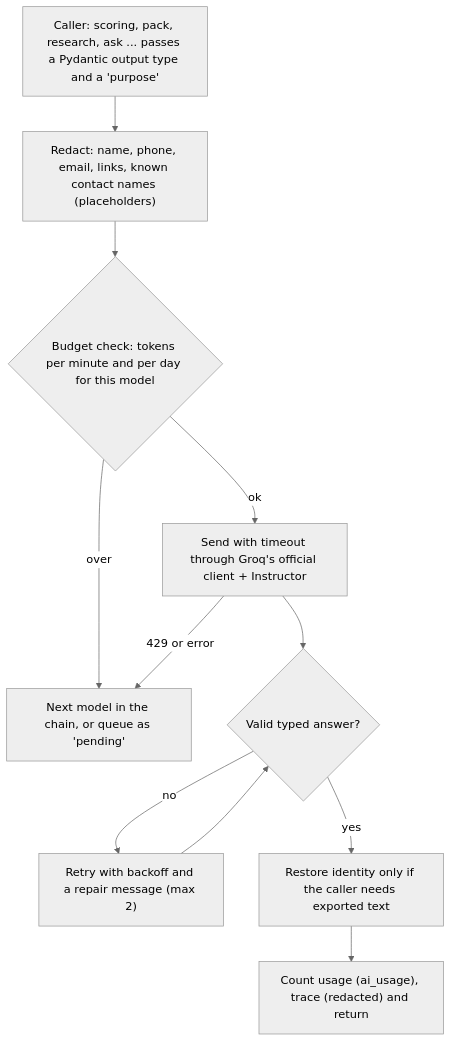
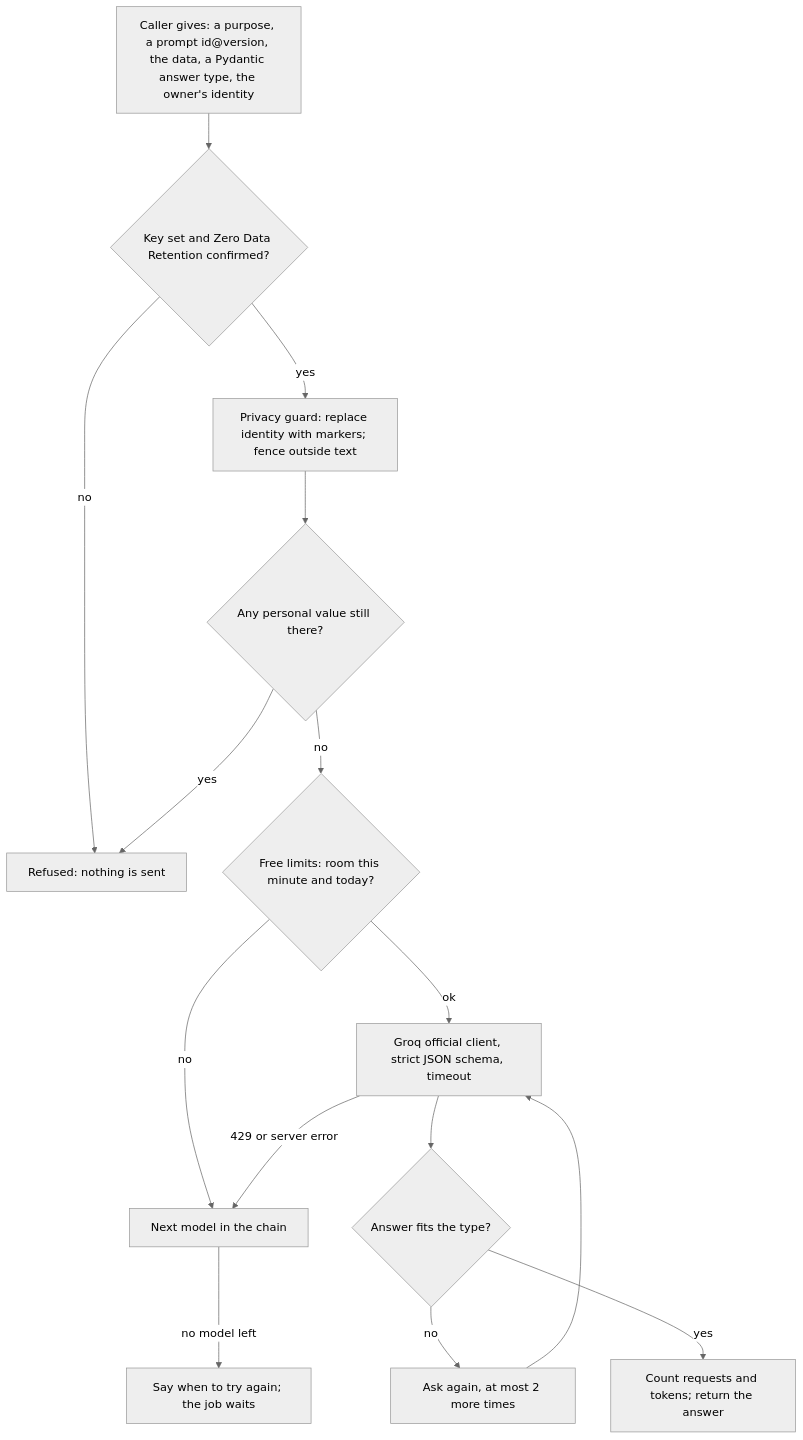
One commit to Parthdarji25/NxtRole changed the seventh of 10 diagrams in docs/ARCHITECTURE.md. Above: the diagram before and after it, drawn with Mermaid (neutral theme). The commit also changed other lines of this file and 65 other files, not shown here.

````diff
--- a/docs/ARCHITECTURE.md
+++ b/docs/ARCHITECTURE.md
@@ -295,13 +297,17 @@
 ```mermaid
 flowchart TD
-  CALL["Caller: scoring, pack, research, ask ... passes a Pydantic output type and a 'purpose'"] --> RED["Redact: name, phone, email, links, known contact names (placeholders)"]
-  RED --> BUD{"Budget check: tokens per minute and per day for this model"}
-  BUD -- "over" --> NXT["Next model in the chain, or queue as 'pending'"]
-  BUD -- ok --> SND["Send with timeout through Groq's official client + Instructor"]
-  SND --> OK{"Valid typed answer?"}
-  OK -- no --> RET["Retry with backoff and a repair message (max 2)"]
-  RET --> OK
-  OK -- yes --> RES["Restore identity only if the caller needs exported text"]
-  RES --> USE["Count usage (ai_usage), trace (redacted) and return"]
-  SND -- "429 or error" --> NXT
+  CALL["Caller gives: a purpose, a prompt id@version, the data, a Pydantic answer type, the owner's identity"] --> LOCK{"Key set and Zero Data Retention confirmed?"}
+  LOCK -- no --> STOP["Refused: nothing is sent"]
+  LOCK -- yes --> RED["Privacy guard: replace identity with markers; fence outside text"]
+  RED --> LEAK{"Any personal value still there?"}
+  LEAK -- yes --> STOP
+  LEAK -- no --> BUD{"Free limits: room this minute and today?"}
+  BUD -- "no" --> NXT["Next model in the chain"]
+  BUD -- ok --> SND["Groq official client, strict JSON schema, timeout"]
+  SND -- "429 or server error" --> NXT
+  SND --> OK{"Answer fits the type?"}
+  OK -- no --> RET["Ask again, at most 2 more times"]
+  RET --> SND
+  OK -- yes --> USE["Count requests and tokens; return the answer"]
+  NXT -- "no model left" --> WAIT["Say when to try again; the job waits"]
 ```
````
